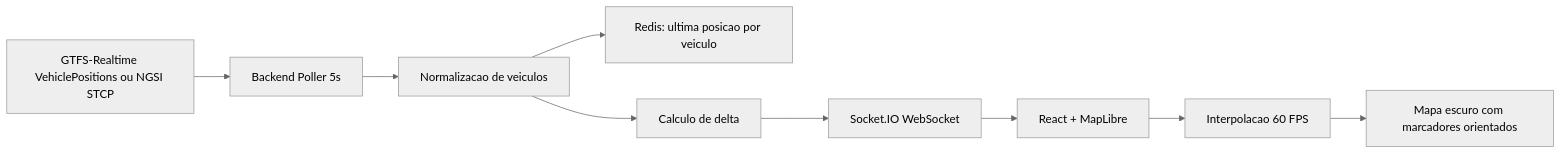
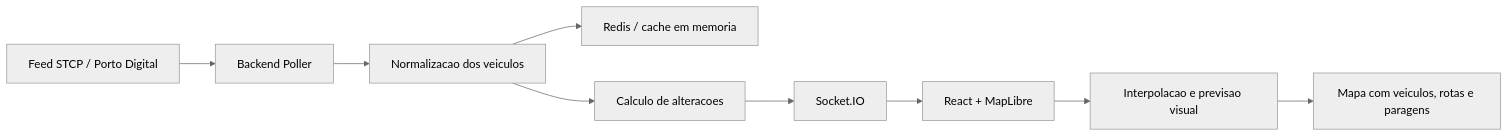
One commit to JGBotelho17/projeto-stcp-live-tracking-real-time changed the diagram in README.md. Above: the diagram before and after it, drawn with Mermaid (neutral theme). The commit also changed other lines of this file, not shown here.

````diff
--- a/README.md
+++ b/README.md
@@ -7,11 +62,11 @@
 ```mermaid
 flowchart LR
-  Feed["GTFS-Realtime VehiclePositions ou NGSI STCP"] --> Poller["Backend Poller 5s"]
-  Poller --> Normalizer["Normalizacao de veiculos"]
-  Normalizer --> Redis["Redis: ultima posicao por veiculo"]
-  Normalizer --> Delta["Calculo de delta"]
-  Delta --> WS["Socket.IO WebSocket"]
-  WS --> Client["React + MapLibre"]
-  Client --> Lerp["Interpolacao 60 FPS"]
-  Lerp --> Map["Mapa escuro com marcadores orientados"]
+  Feed["Feed STCP / Porto Digital"] --> Poller["Backend Poller"]
+  Poller --> Normalizer["Normalizacao dos veiculos"]
+  Normalizer --> Cache["Redis / cache em memoria"]
+  Normalizer --> Delta["Calculo de alteracoes"]
+  Delta --> WS["Socket.IO"]
+  WS --> Frontend["React + MapLibre"]
+  Frontend --> Motion["Interpolacao e previsao visual"]
+  Motion --> Map["Mapa com veiculos, rotas e paragens"]
 ```
````
